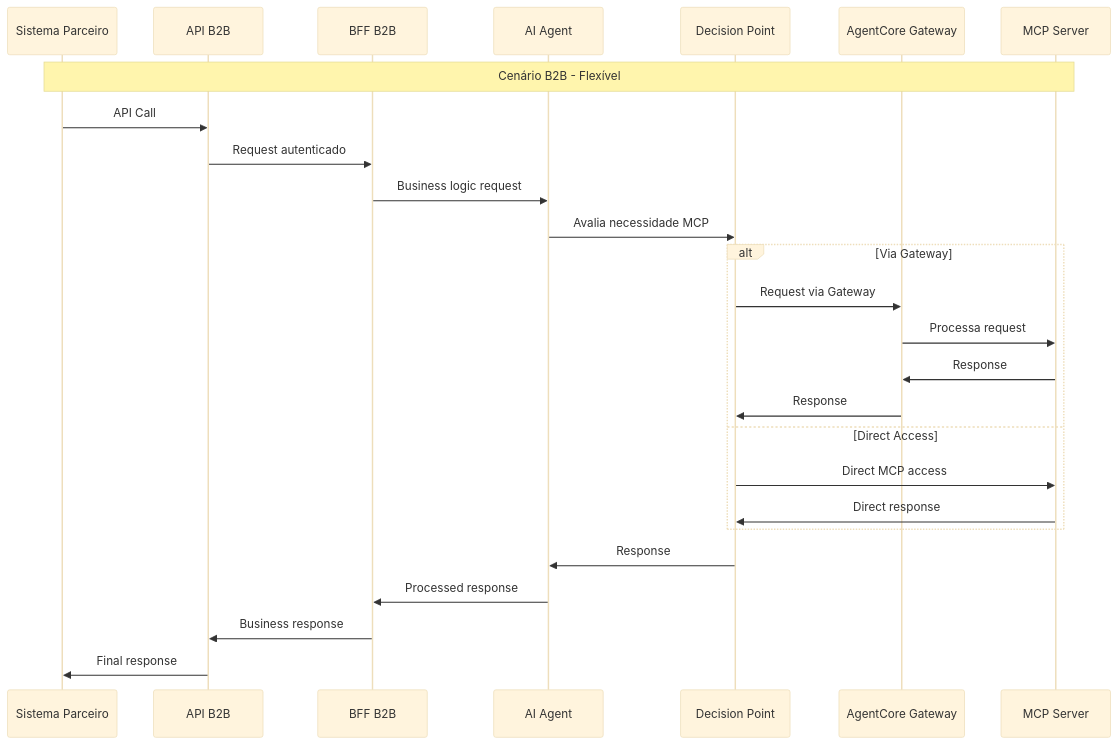
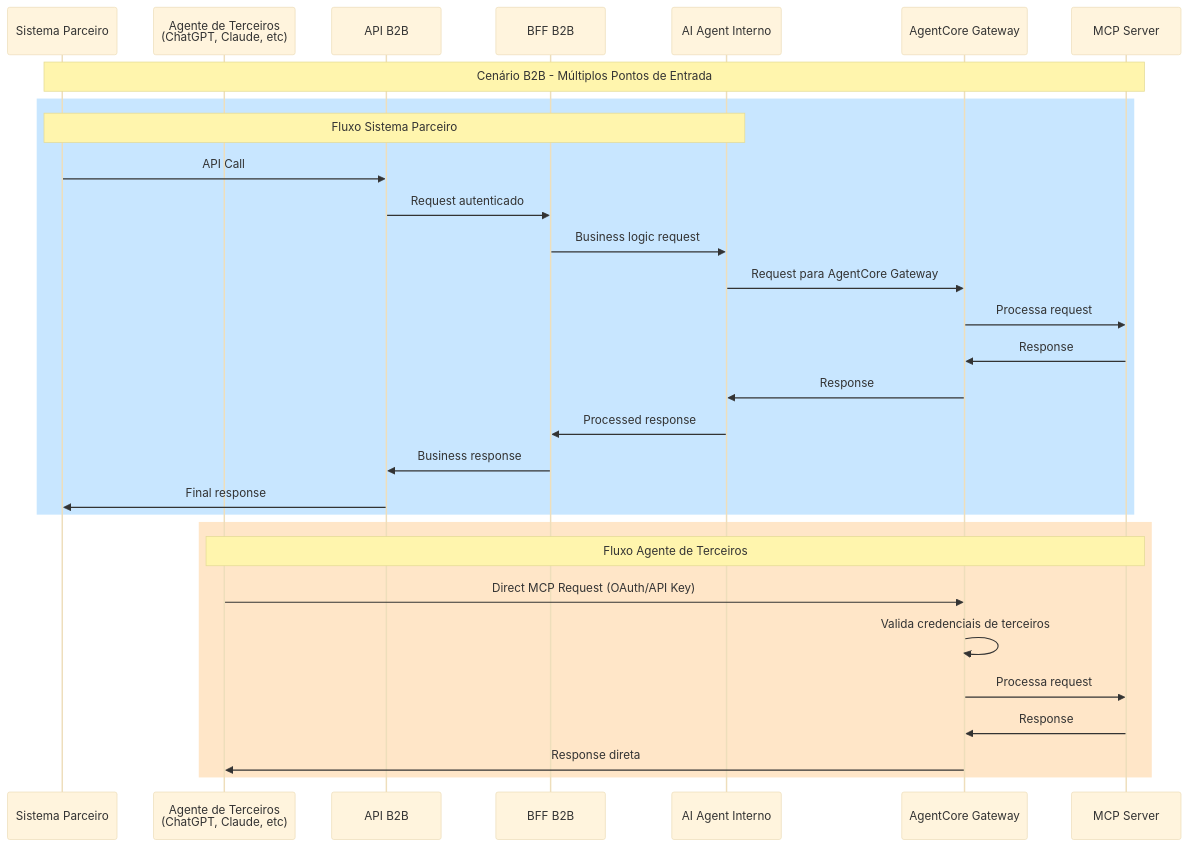
The sixth of 25 diagrams in README.md (thiagodavala/ai-foundation-arch), drawn with Mermaid (base theme) before and after one commit. The commit also changed other lines of this file, not shown here.

````diff
--- a/README.md
+++ b/README.md
@@ -276,31 +284,35 @@
 ```mermaid
 sequenceDiagram
     participant PARTNER as Sistema Parceiro
+    participant THIRD_PARTY as Agente de Terceiros<br/>(ChatGPT, Claude, etc)
     participant API as API B2B
     participant BFF as BFF B2B
-    participant AGENT as AI Agent
-    participant DECISION as Decision Point
+    participant AGENT as AI Agent Interno
     participant AGW as AgentCore Gateway
     participant MCP as MCP Server
     
-    Note over PARTNER, MCP: Cenário B2B - Flexível
-    PARTNER->>API: API Call
-    API->>BFF: Request autenticado
-    BFF->>AGENT: Business logic request
-    AGENT->>DECISION: Avalia necessidade MCP
+    Note over PARTNER, MCP: Cenário B2B - Múltiplos Pontos de Entrada
     
-    alt Via Gateway
-        DECISION->>AGW: Request via Gateway
+    rect rgb(200, 230, 255)
+        Note over PARTNER, AGENT: Fluxo Sistema Parceiro
+        PARTNER->>API: API Call
+        API->>BFF: Request autenticado
+        BFF->>AGENT: Business logic request
+        AGENT->>AGW: Request para AgentCore Gateway
         AGW->>MCP: Processa request
         MCP->>AGW: Response
-        AGW->>DECISION: Response
-    else Direct Access
-        DECISION->>MCP: Direct MCP access
-        MCP->>DECISION: Direct response
+        AGW->>AGENT: Response
+        AGENT->>BFF: Processed response
+        BFF->>API: Business response
+        API->>PARTNER: Final response
     end
     
-    DECISION->>AGENT: Response
-    AGENT->>BFF: Processed response
-    BFF->>API: Business response
-    API->>PARTNER: Final response
+    rect rgb(255, 230, 200)
+        Note over THIRD_PARTY, MCP: Fluxo Agente de Terceiros
+        THIRD_PARTY->>AGW: Direct MCP Request (OAuth/API Key)
+        AGW->>AGW: Valida credenciais de terceiros
+        AGW->>MCP: Processa request
+        MCP->>AGW: Response
+        AGW->>THIRD_PARTY: Response direta
+    end
 ```
````
